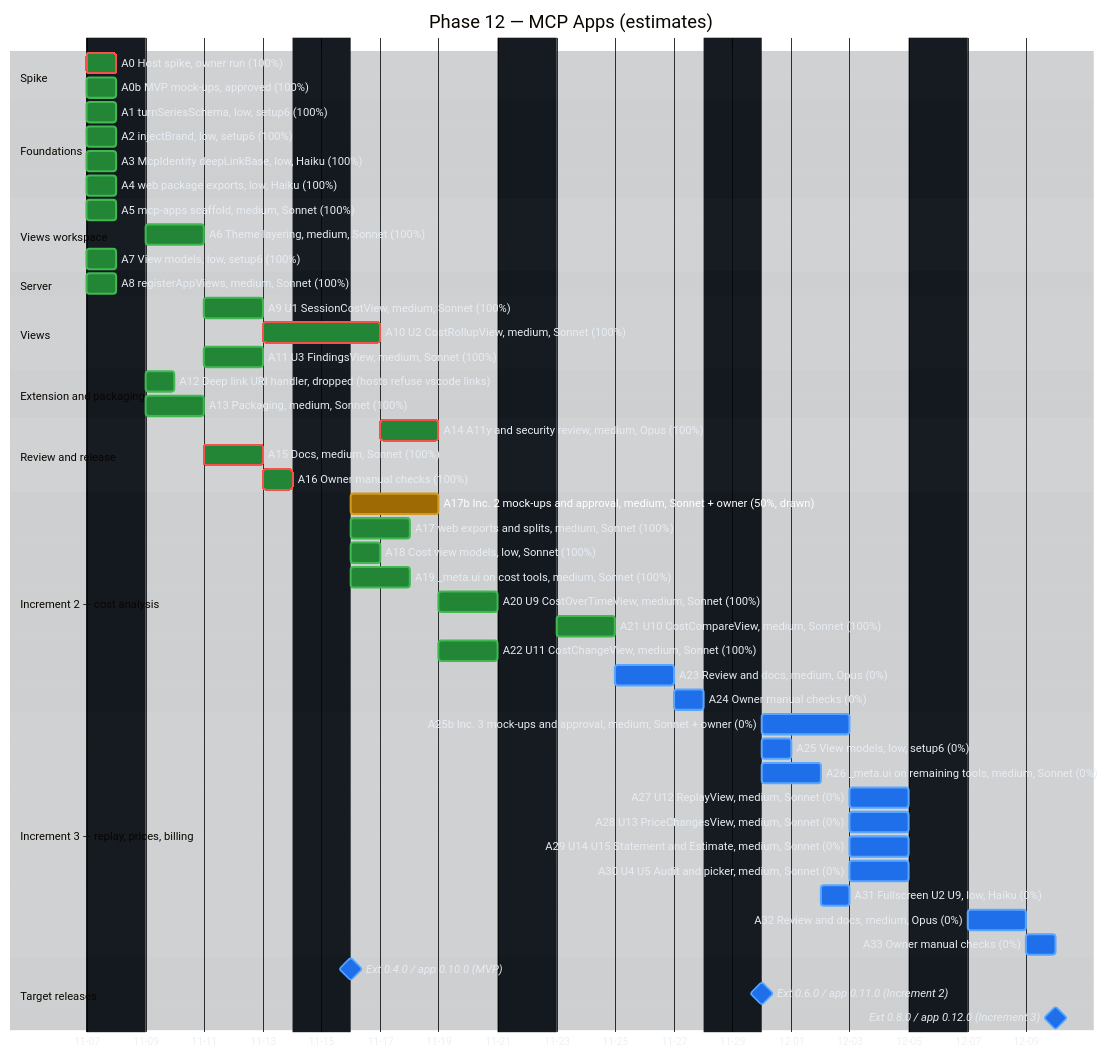
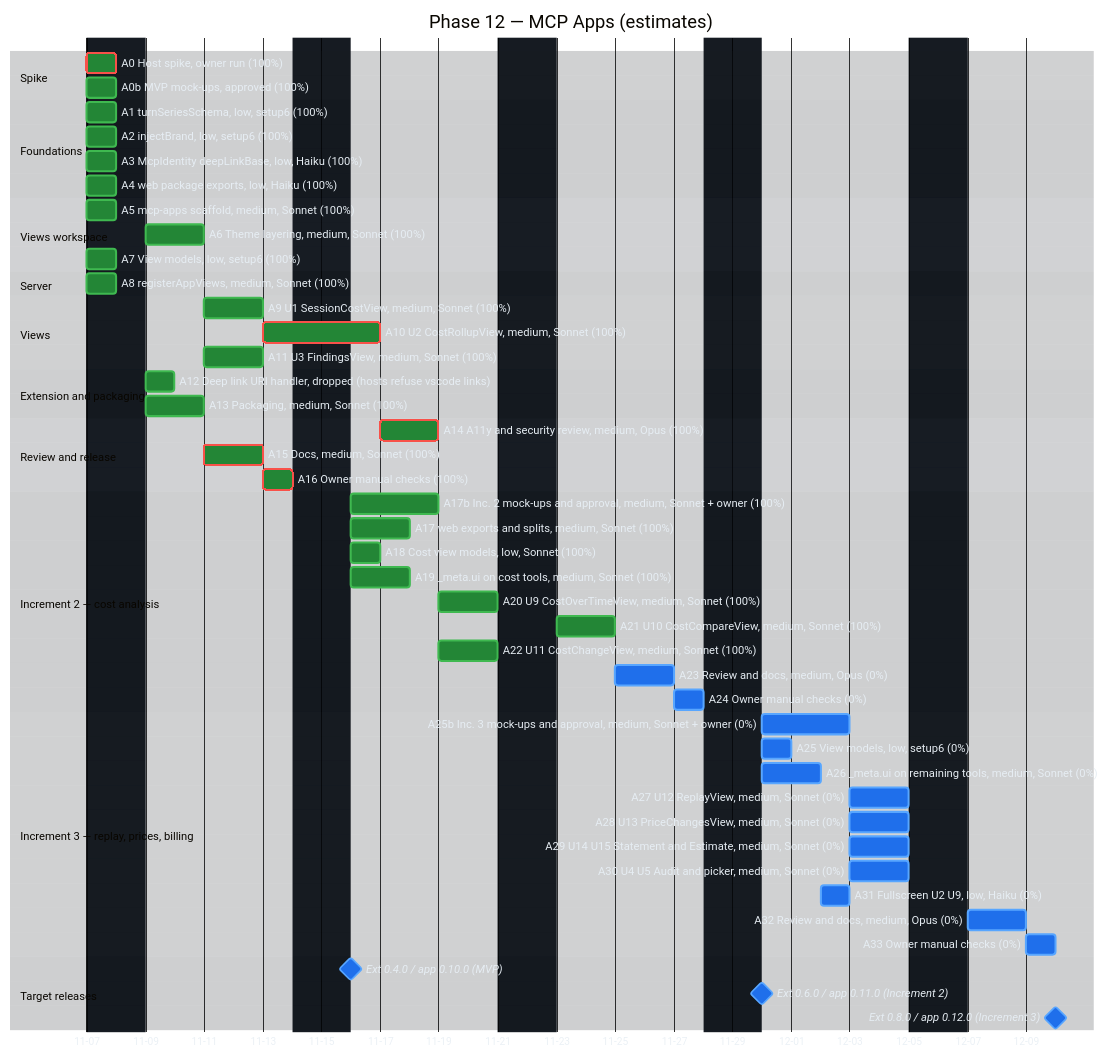
The second of 2 diagrams in docs/implementation-plan-gantt.md (raulkivi/agent-cost-analyzer), drawn with Mermaid before and after one commit. The commit also changed other lines of this file and 3 other files, not shown here.

```diff
--- a/docs/implementation-plan-gantt.md
+++ b/docs/implementation-plan-gantt.md
@@ -188,7 +188,7 @@
     A16 Owner manual checks (100%)               :crit, done, a16, after a15, 1d
 
     section Increment 2 — cost analysis
-    A17b Inc. 2 mock-ups and approval, medium, Sonnet + owner (50%, drawn) :active, a17b, after a16, 3d
+    A17b Inc. 2 mock-ups and approval, medium, Sonnet + owner (100%) :done, a17b, after a16, 3d
     A17 web exports and splits, medium, Sonnet (100%) :done, a17, after a16, 2d
     A18 Cost view models, low, Sonnet (100%)      :done, a18, after a16, 1d
     A19 _meta.ui on cost tools, medium, Sonnet (100%) :done, a19, after a16, 2d
```
